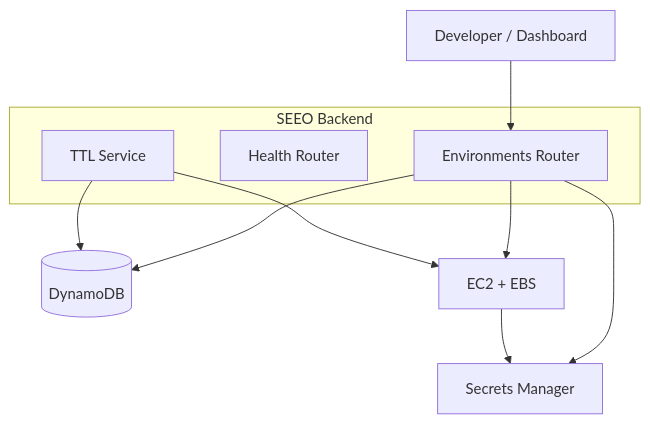
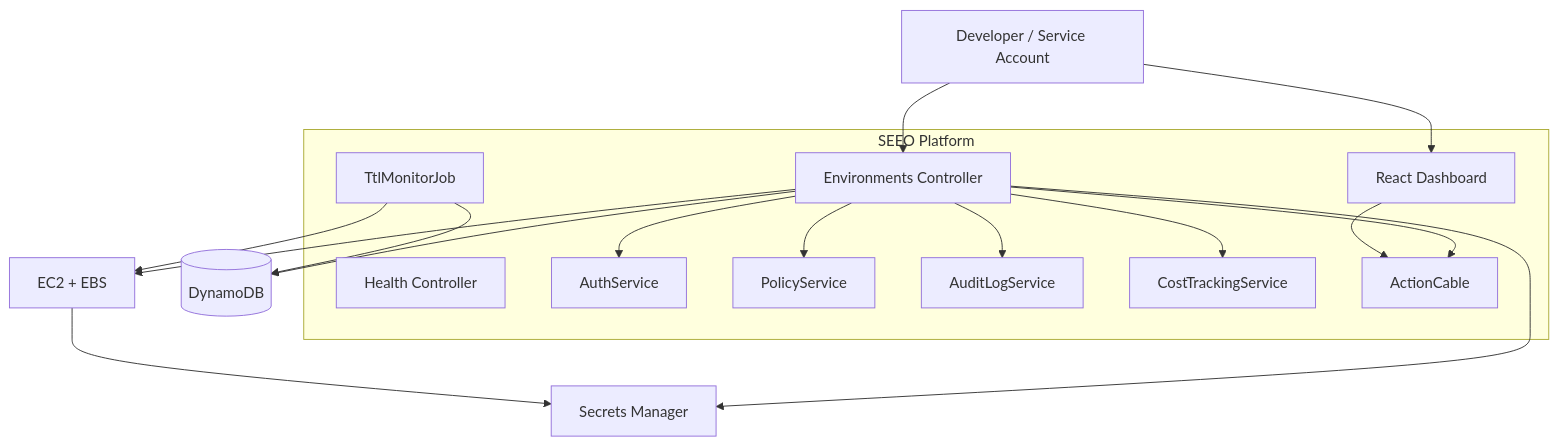
One commit to samueladegnan/seeo-aws-orchestrator changed the diagram in docs/architecture.md. Above: the diagram before and after it, drawn with Mermaid. The commit also changed other lines of this file and 85 other files, not shown here.

````diff
--- a/docs/architecture.md
+++ b/docs/architecture.md
@@ -20,17 +23,30 @@
 ```mermaid
 flowchart TB
-    subgraph "SEEO Backend"
-        R[Environments Router]
-        H[Health Router]
-        T[TTL Service]
+    subgraph "SEEO Platform"
+        F[React Dashboard]
+        R[Environments Controller]
+        H[Health Controller]
+        A[AuthService]
+        P[PolicyService]
+        L[AuditLogService]
+        C[CostTrackingService]
+        T[TtlMonitorJob]
+        AC[ActionCable]
     end
 
-    U[Developer / Dashboard]
+    U[Developer / Service Account]
+    U --> F
     U --> R
+    R --> A
+    R --> P
+    R --> L
+    R --> C
     R --> D[(DynamoDB)]
     R --> E[EC2 + EBS]
     R --> S[Secrets Manager]
+    R --> AC
+    F --> AC
     T --> D
     T --> E
     E --> S
 ```
````
